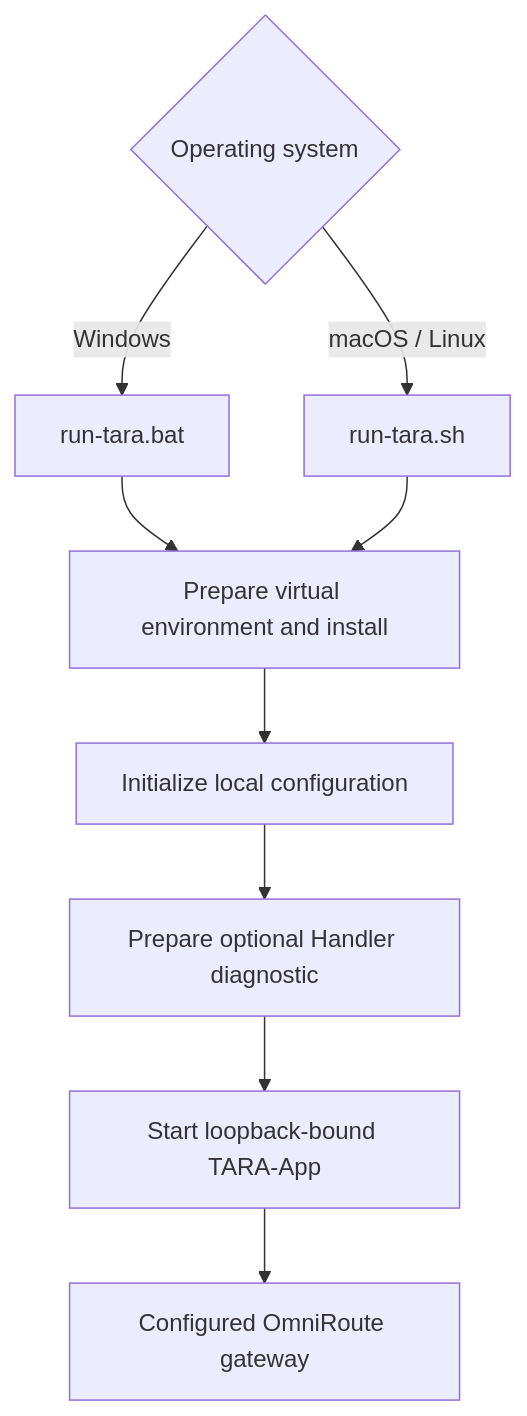
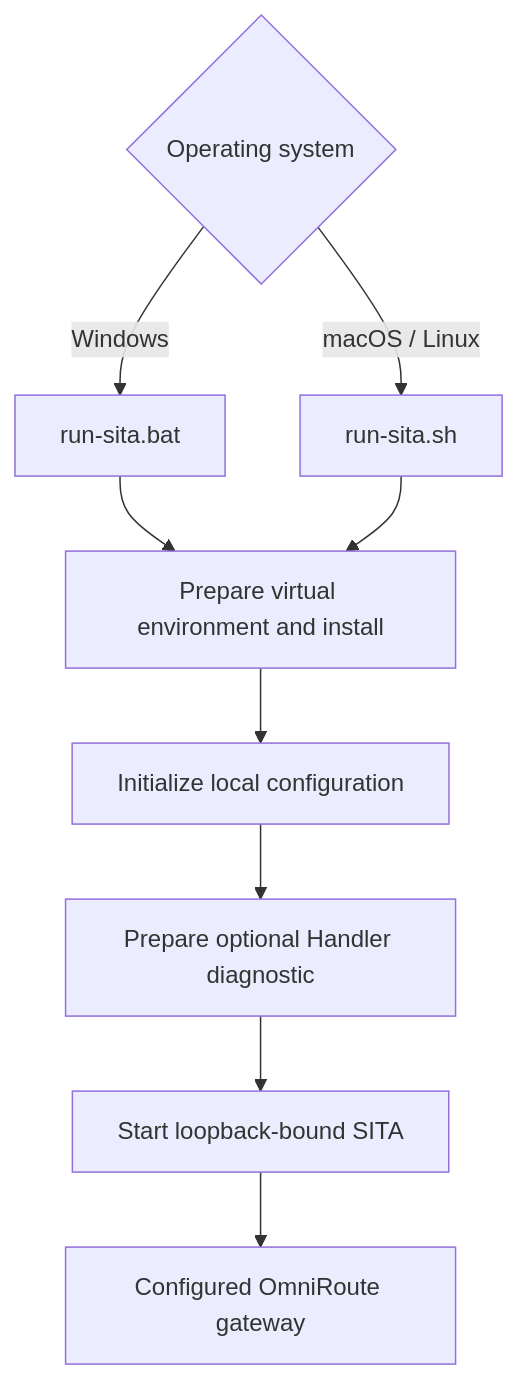
One commit to deathkernel/SITA changed diagram 11 of 12 in README.md. Above: the diagram before and after it, drawn with Mermaid. The commit also changed other lines of this file and 55 other files, not shown here.

````diff
--- a/README.md
+++ b/README.md
@@ -485,11 +485,11 @@
 ```mermaid
 flowchart TD
-  Platform{Operating system} -->|Windows| BAT[run-tara.bat]
-  Platform -->|macOS / Linux| SH[run-tara.sh]
+  Platform{Operating system} -->|Windows| BAT[run-sita.bat]
+  Platform -->|macOS / Linux| SH[run-sita.sh]
   BAT --> VENV[Prepare virtual environment and install]
   SH --> VENV
   VENV --> Config[Initialize local configuration]
   Config --> Handler[Prepare optional Handler diagnostic]
-  Handler --> App[Start loopback-bound TARA-App]
+  Handler --> App[Start loopback-bound SITA]
   App --> Gateway[Configured OmniRoute gateway]
 ```
````
